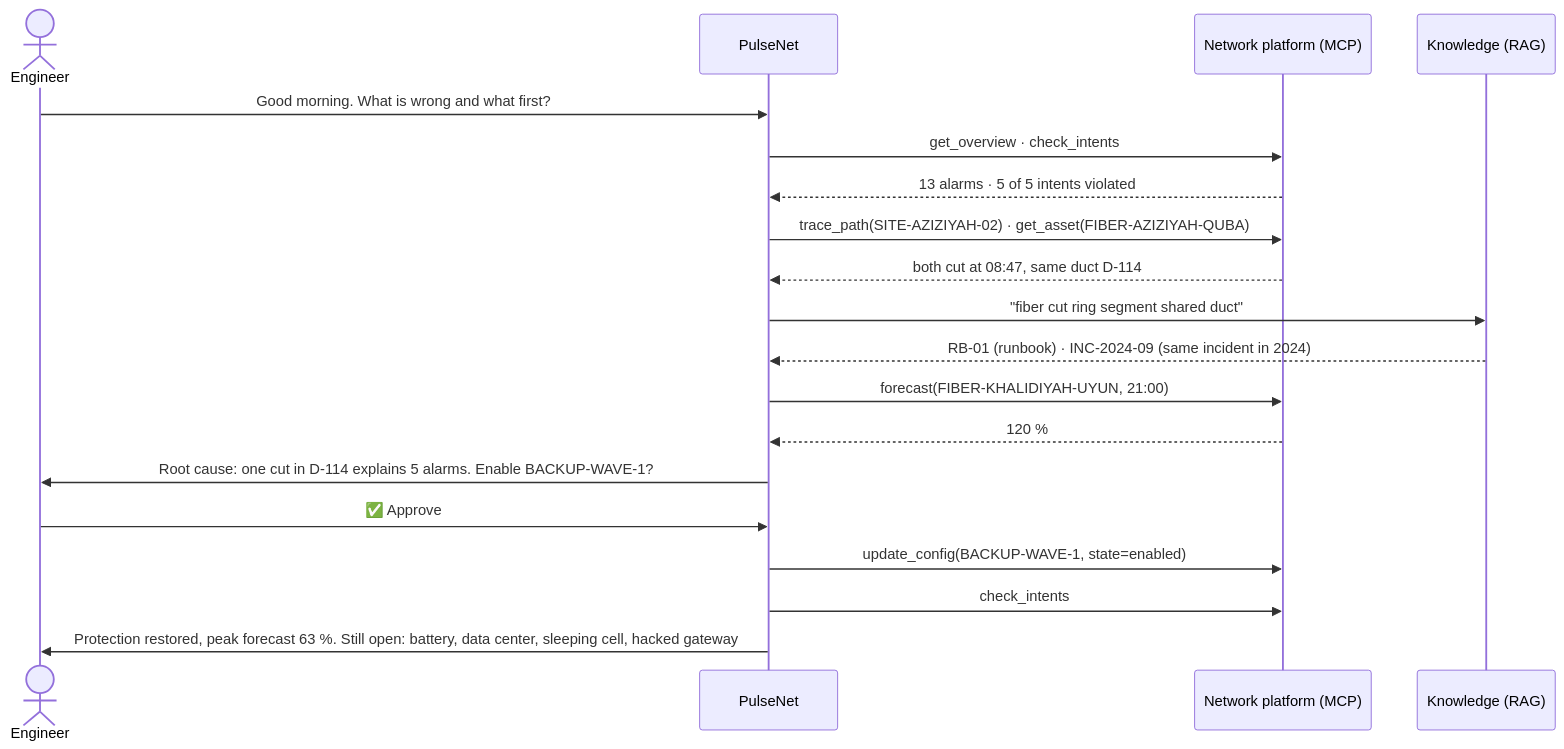
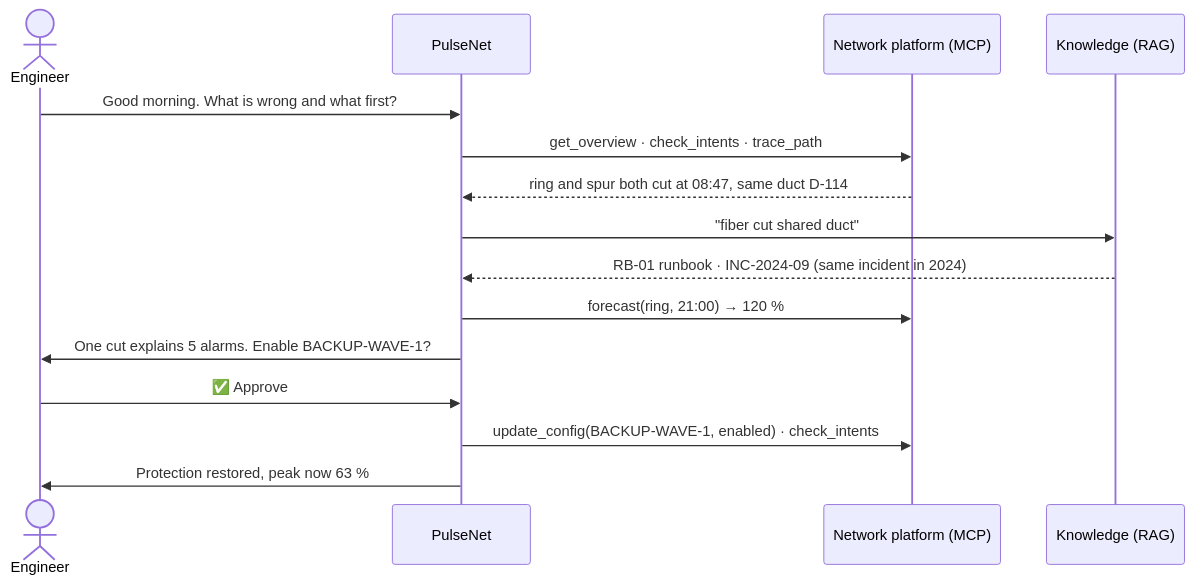
The diagram in README.md (ElafQattan/pulseNet_agents), drawn with Mermaid before and after one commit. The commit also changed other lines of this file, not shown here.

````diff
--- a/README.md
+++ b/README.md
@@ -77,21 +43,17 @@
 ```mermaid
 sequenceDiagram
     actor E as Engineer
     participant A as PulseNet
     participant N as Network platform (MCP)
     participant K as Knowledge (RAG)
     E->>A: Good morning. What is wrong and what first?
-    A->>N: get_overview · check_intents
-    N-->>A: 13 alarms · 5 of 5 intents violated
-    A->>N: trace_path(SITE-AZIZIYAH-02) · get_asset(FIBER-AZIZIYAH-QUBA)
-    N-->>A: both cut at 08:47, same duct D-114
-    A->>K: "fiber cut ring segment shared duct"
-    K-->>A: RB-01 (runbook) · INC-2024-09 (same incident in 2024)
-    A->>N: forecast(FIBER-KHALIDIYAH-UYUN, 21:00)
-    N-->>A: 120 %
-    A->>E: Root cause: one cut in D-114 explains 5 alarms. Enable BACKUP-WAVE-1?
+    A->>N: get_overview · check_intents · trace_path
+    N-->>A: ring and spur both cut at 08:47, same duct D-114
+    A->>K: "fiber cut shared duct"
+    K-->>A: RB-01 runbook · INC-2024-09 (same incident in 2024)
+    A->>N: forecast(ring, 21:00) → 120 %
+    A->>E: One cut explains 5 alarms. Enable BACKUP-WAVE-1?
     E->>A: ✅ Approve
-    A->>N: update_config(BACKUP-WAVE-1, state=enabled)
-    A->>N: check_intents
-    A->>E: Protection restored, peak forecast 63 %. Still open: battery, data center, sleeping cell, hacked gateway
+    A->>N: update_config(BACKUP-WAVE-1, enabled) · check_intents
+    A->>E: Protection restored, peak now 63 %
 ```
````
